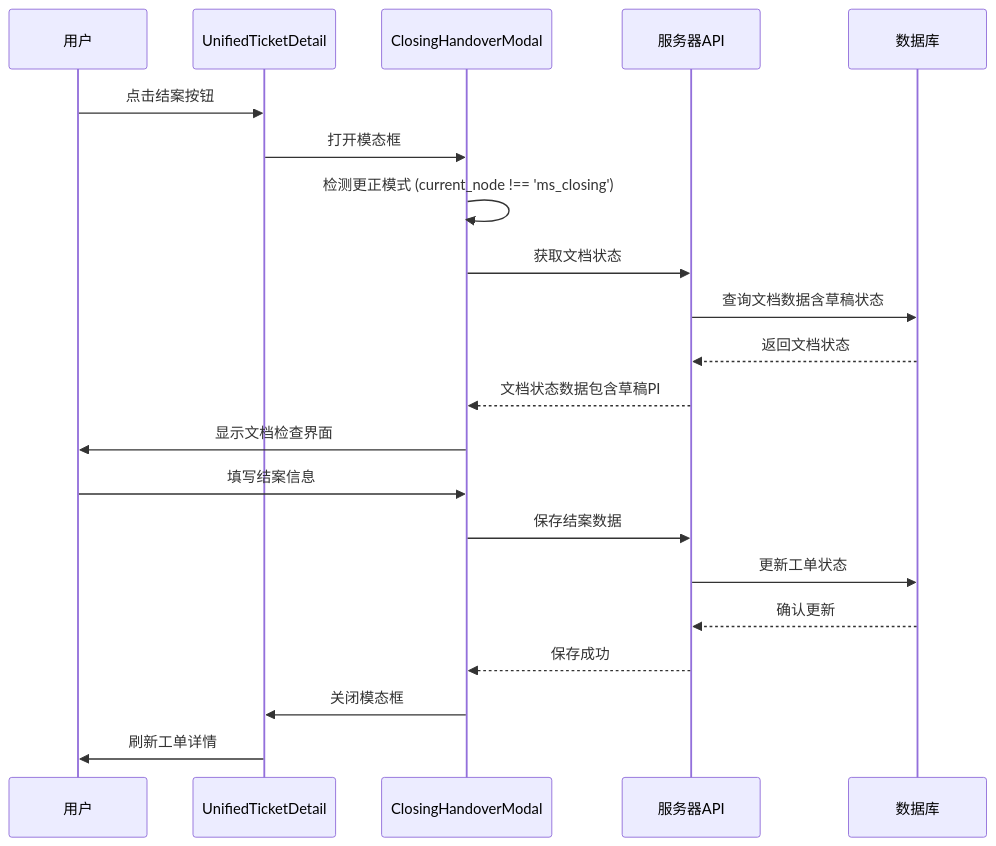
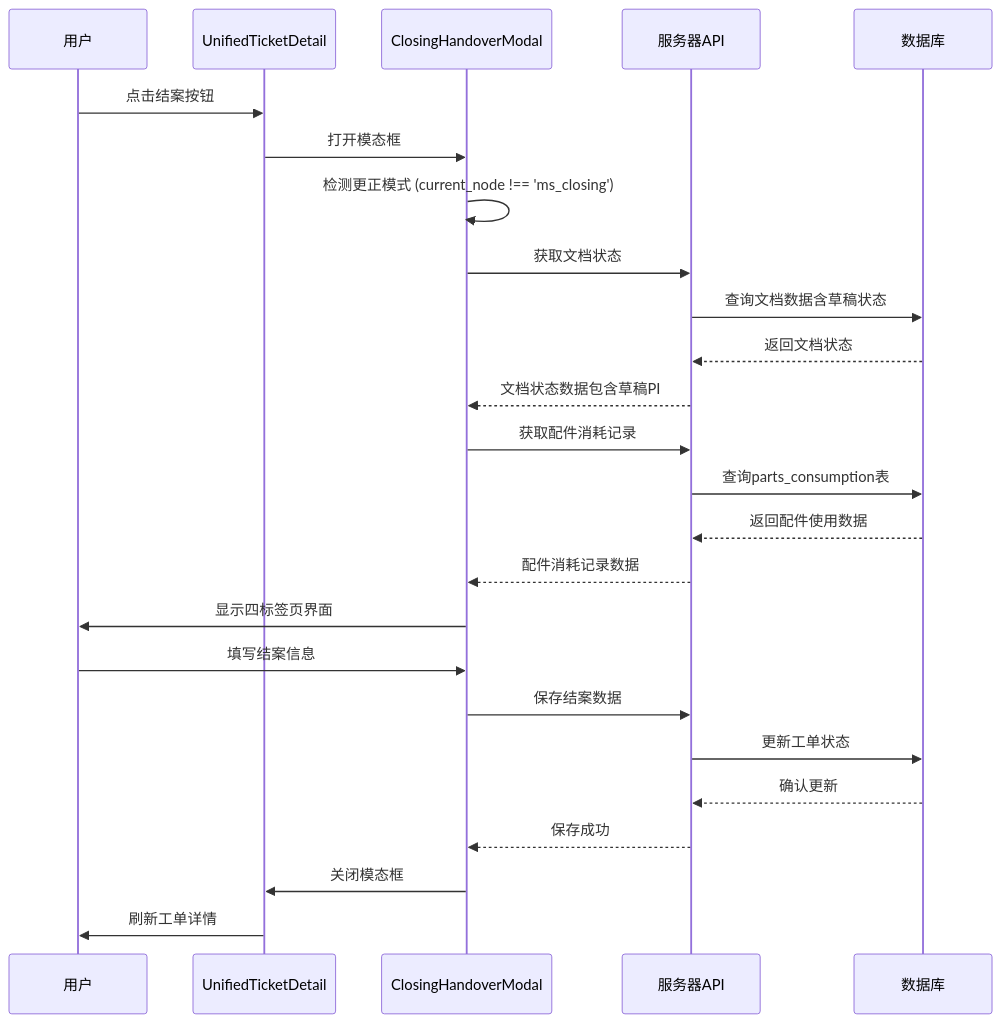
The second of 11 diagrams in .qoder/repowiki/zh/content/前端组件架构/服务工作流增强/结案交接模态框.md (CubeEdge/Longhorn), drawn with Mermaid before and after one commit. The commit also changed other lines of this file and 28 other files, not shown here.

````diff
--- a/.qoder/repowiki/zh/content/前端组件架构/服务工作流增强/结案交接模态框.md
+++ b/.qoder/repowiki/zh/content/前端组件架构/服务工作流增强/结案交接模态框.md
@@ -121,23 +147,27 @@
 ```mermaid
 sequenceDiagram
 participant User as 用户
 participant UTD as UnifiedTicketDetail
 participant CHM as ClosingHandoverModal
 participant API as 服务器API
 participant DB as 数据库
 User->>UTD : 点击结案按钮
 UTD->>CHM : 打开模态框
 CHM->>CHM : 检测更正模式 (current_node !== 'ms_closing')
 CHM->>API : 获取文档状态
 API->>DB : 查询文档数据含草稿状态
 DB-->>API : 返回文档状态
 API-->>CHM : 文档状态数据包含草稿PI
-CHM->>User : 显示文档检查界面
+CHM->>API : 获取配件消耗记录
+API->>DB : 查询parts_consumption表
+DB-->>API : 返回配件使用数据
+API-->>CHM : 配件消耗记录数据
+CHM->>User : 显示四标签页界面
 User->>CHM : 填写结案信息
 CHM->>API : 保存结案数据
 API->>DB : 更新工单状态
 DB-->>API : 确认更新
 API-->>CHM : 保存成功
 CHM->>UTD : 关闭模态框
 UTD->>User : 刷新工单详情
 ```
````
